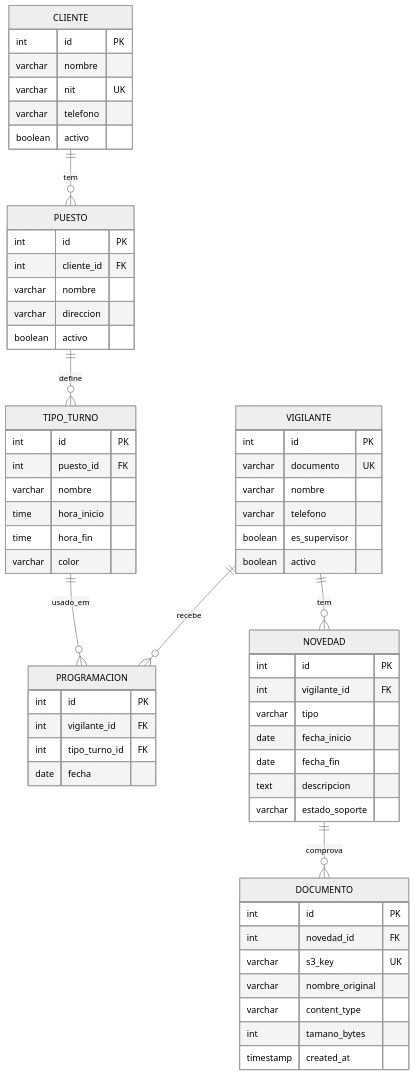
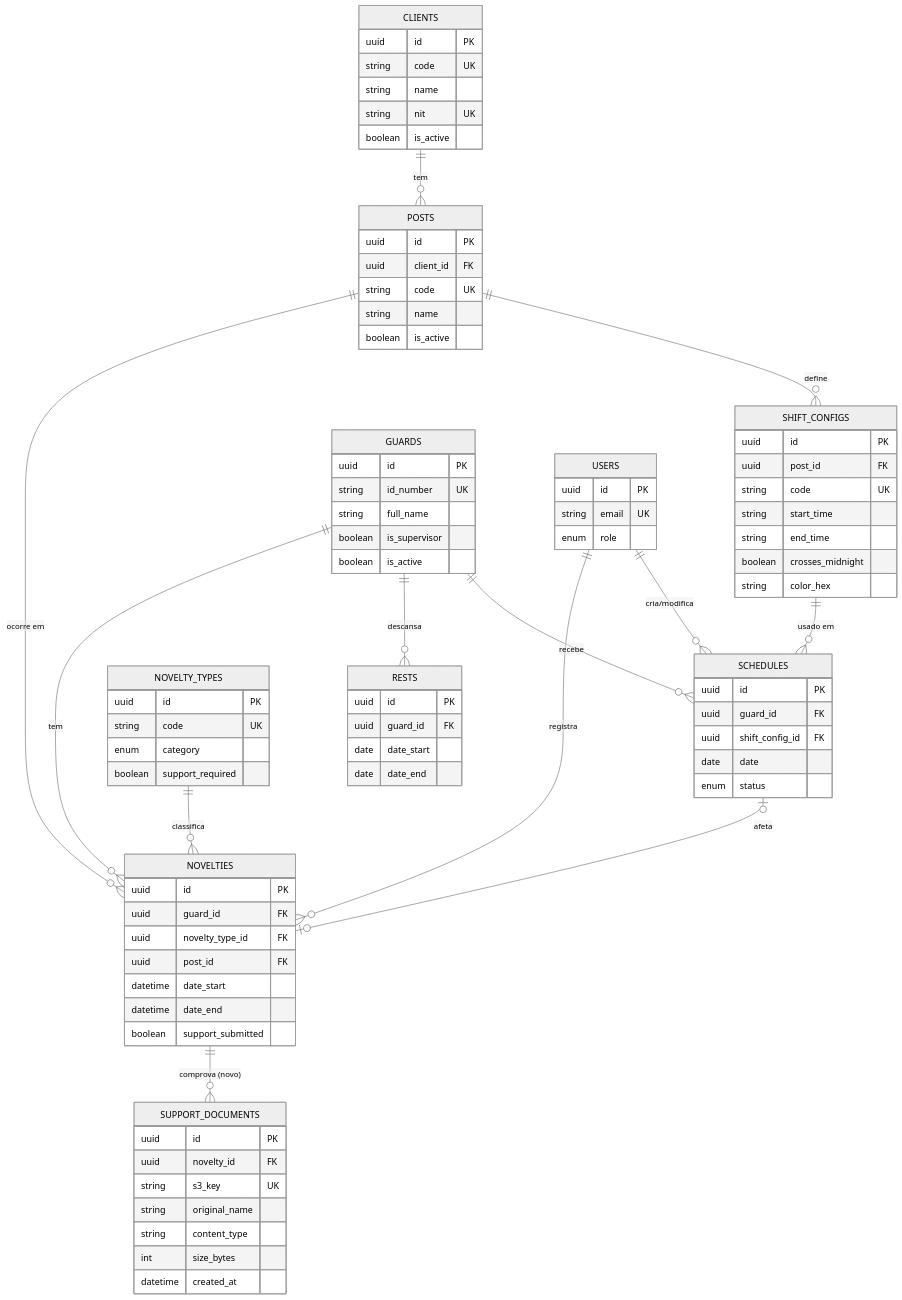
The second of 2 diagrams in spec/design.md (DilanUrrego/guard-scheduling-SN), drawn with Mermaid (neutral theme) before and after one commit. The commit also changed other lines of this file and 18 other files, not shown here.

````diff
--- a/spec/design.md
+++ b/spec/design.md
@@ -54,50 +61,68 @@
 ```mermaid
 erDiagram
-  CLIENTE ||--o{ PUESTO : tem
-  PUESTO ||--o{ TIPO_TURNO : define
-  VIGILANTE ||--o{ PROGRAMACION : recebe
-  TIPO_TURNO ||--o{ PROGRAMACION : usado_em
-  VIGILANTE ||--o{ NOVEDAD : tem
-  NOVEDAD ||--o{ DOCUMENTO : comprova
+  CLIENTS ||--o{ POSTS : "tem"
+  POSTS ||--o{ SHIFT_CONFIGS : "define"
+  SHIFT_CONFIGS ||--o{ SCHEDULES : "usado em"
+  GUARDS ||--o{ SCHEDULES : "recebe"
+  GUARDS ||--o{ RESTS : "descansa"
+  GUARDS ||--o{ NOVELTIES : "tem"
+  NOVELTY_TYPES ||--o{ NOVELTIES : "classifica"
+  POSTS ||--o{ NOVELTIES : "ocorre em"
+  SCHEDULES |o--o| NOVELTIES : "afeta"
+  NOVELTIES ||--o{ SUPPORT_DOCUMENTS : "comprova (novo)"
+  USERS ||--o{ SCHEDULES : "cria/modifica"
+  USERS ||--o{ NOVELTIES : "registra"
 
-  CLIENTE { int id PK
-    varchar nombre
-    varchar nit UK
-    varchar telefono
-    boolean activo }
-  PUESTO { int id PK
-    int cliente_id FK
-    varchar nombre
-    varchar direccion
-    boolean activo }
-  TIPO_TURNO { int id PK
-    int puesto_id FK
-    varchar nombre
-    time hora_inicio
-    time hora_fin
-    varchar color }
-  VIGILANTE { int id PK
-    varchar documento UK
-    varchar nombre
-    varchar telefono
-    boolean es_supervisor
-    boolean activo }
-  PROGRAMACION { int id PK
-    int vigilante_id FK
-    int tipo_turno_id FK
-    date fecha }
-  NOVEDAD { int id PK
-    int vigilante_id FK
-    varchar tipo
-    date fecha_inicio
-    date fecha_fin
-    text descripcion
-    varchar estado_soporte }
-  DOCUMENTO { int id PK
-    int novedad_id FK
-    varchar s3_key UK
-    varchar nombre_original
-    varchar content_type
-    int tamano_bytes
-    timestamp created_at }
+  CLIENTS { uuid id PK
+    string code UK
+    string name
+    string nit UK
+    boolean is_active }
+  POSTS { uuid id PK
+    uuid client_id FK
+    string code UK
+    string name
+    boolean is_active }
+  SHIFT_CONFIGS { uuid id PK
+    uuid post_id FK
+    string code UK
+    string start_time
+    string end_time
+    boolean crosses_midnight
+    string color_hex }
+  GUARDS { uuid id PK
+    string id_number UK
+    string full_name
+    boolean is_supervisor
+    boolean is_active }
+  SCHEDULES { uuid id PK
+    uuid guard_id FK
+    uuid shift_config_id FK
+    date date
+    enum status }
+  RESTS { uuid id PK
+    uuid guard_id FK
+    date date_start
+    date date_end }
+  NOVELTY_TYPES { uuid id PK
+    string code UK
+    enum category
+    boolean support_required }
+  NOVELTIES { uuid id PK
+    uuid guard_id FK
+    uuid novelty_type_id FK
+    uuid post_id FK
+    datetime date_start
+    datetime date_end
+    boolean support_submitted }
+  SUPPORT_DOCUMENTS { uuid id PK
+    uuid novelty_id FK
+    string s3_key UK
+    string original_name
+    string content_type
+    int size_bytes
+    datetime created_at }
+  USERS { uuid id PK
+    string email UK
+    enum role }
 ```
````
